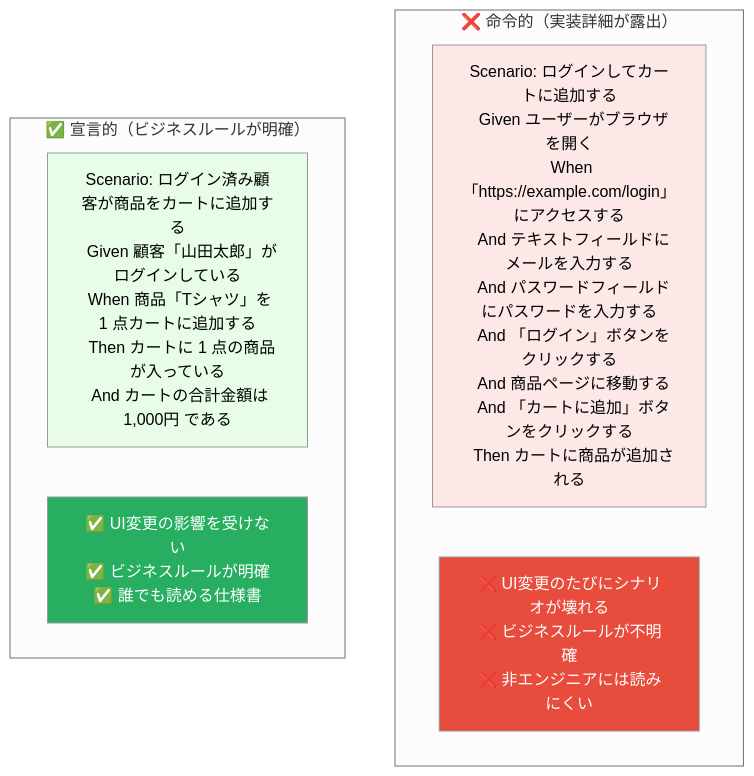
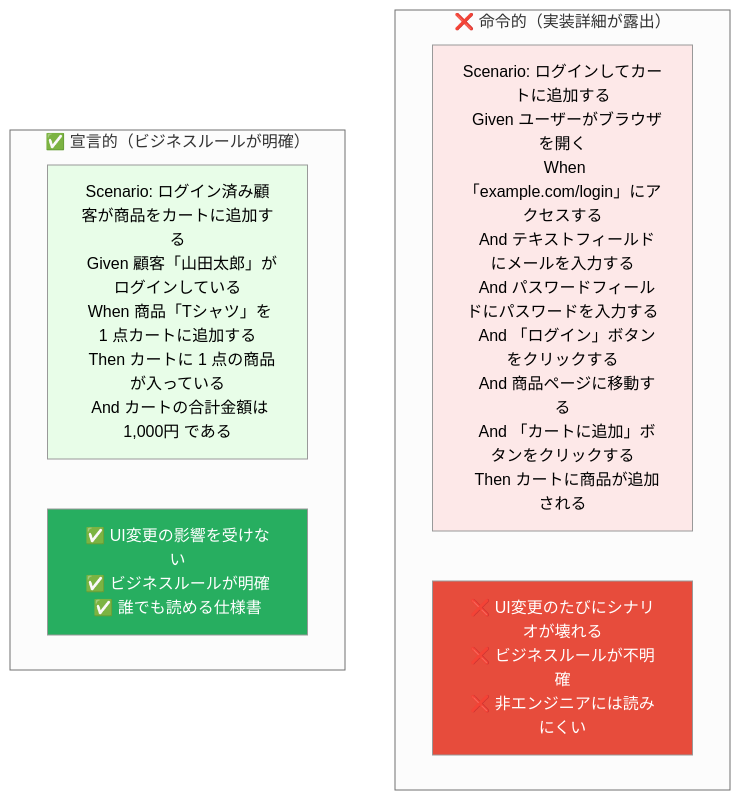
One commit to myoshi2891/Software-Design-and-Architecture changed diagram 26 of 35 in behavior-driven-development-comprehensive-guide.md. Above: the diagram before and after it, drawn with Mermaid (neutral theme). The commit also changed 5 other files, not shown here.

````diff
--- a/behavior-driven-development-comprehensive-guide.md
+++ b/behavior-driven-development-comprehensive-guide.md
@@ -1644,17 +1644,17 @@
 ```mermaid
 graph TD
     subgraph "❌ 命令的（実装詳細が露出）"
-        IMP1["Scenario: ログインしてカートに追加する<br>  Given ユーザーがブラウザを開く<br>  When 「https://example.com/login」にアクセスする<br>  And テキストフィールドにメールを入力する<br>  And パスワードフィールドにパスワードを入力する<br>  And 「ログイン」ボタンをクリックする<br>  And 商品ページに移動する<br>  And 「カートに追加」ボタンをクリックする<br>  Then カートに商品が追加される"]
+        IMP1["Scenario: ログインしてカートに追加する<br>  Given ユーザーがブラウザを開く<br>  When 「example.com/login」にアクセスする<br>  And テキストフィールドにメールを入力する<br>  And パスワードフィールドにパスワードを入力する<br>  And 「ログイン」ボタンをクリックする<br>  And 商品ページに移動する<br>  And 「カートに追加」ボタンをクリックする<br>  Then カートに商品が追加される"]
         IMP_NOTE["❌ UI変更のたびにシナリオが壊れる<br>❌ ビジネスルールが不明確<br>❌ 非エンジニアには読みにくい"]
     end
 
     subgraph "✅ 宣言的（ビジネスルールが明確）"
         DEC1["Scenario: ログイン済み顧客が商品をカートに追加する<br>  Given 顧客「山田太郎」がログインしている<br>  When 商品「Tシャツ」を 1 点カートに追加する<br>  Then カートに 1 点の商品が入っている<br>  And カートの合計金額は 1,000円 である"]
         DEC_NOTE["✅ UI変更の影響を受けない<br>✅ ビジネスルールが明確<br>✅ 誰でも読める仕様書"]
     end
 
     style IMP1 fill:#fde8e8
     style IMP_NOTE fill:#e74c3c,color:#fff
     style DEC1 fill:#e8fde8
     style DEC_NOTE fill:#27ae60,color:#fff
 ```
````
